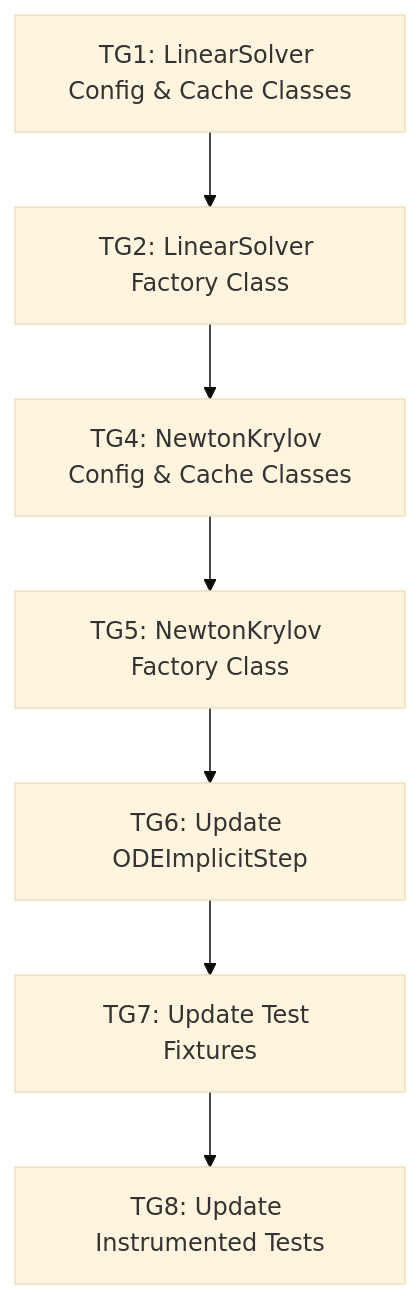
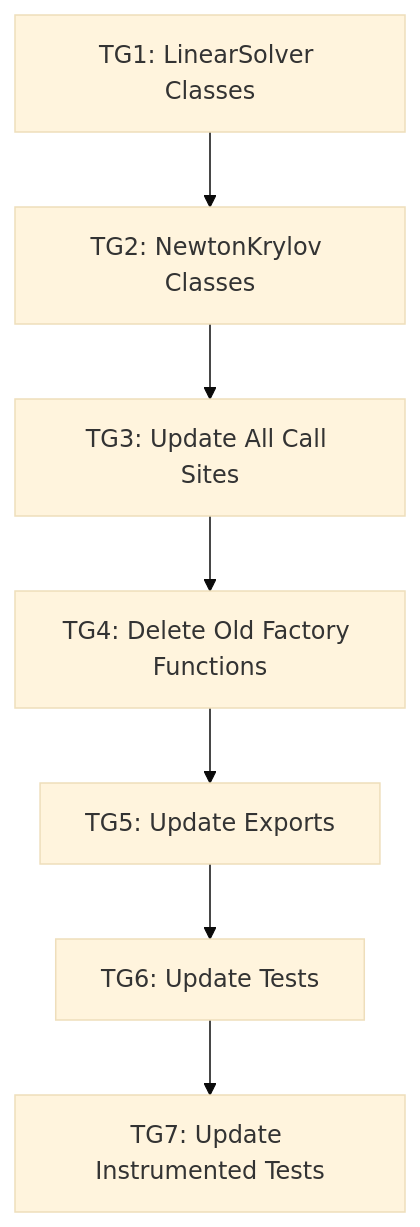
One commit to ccam80/cubie changed the diagram in .github/active_plans/linear_newton_factory_refactor/task_list.md. Above: the diagram before and after it, drawn with Mermaid (base theme). The commit also changed other lines of this file and 8 other files, not shown here.

Commit message:
feat: complete CUDAFactory refactor - implement classes, update call sites, fix critical bug, update tests

````diff
--- a/.github/active_plans/linear_newton_factory_refactor/task_list.md
+++ b/.github/active_plans/linear_newton_factory_refactor/task_list.md
@@ -7,9 +10,9 @@
 ```mermaid
 graph TD
-    TG1[TG1: LinearSolver Config & Cache Classes] --> TG2[TG2: LinearSolver Factory Class]
-    TG2 --> TG4[TG4: NewtonKrylov Config & Cache Classes]
-    TG4 --> TG5[TG5: NewtonKrylov Factory Class]
-    TG5 --> TG6[TG6: Update ODEImplicitStep]
-    TG6 --> TG7[TG7: Update Test Fixtures]
-    TG7 --> TG8[TG8: Update Instrumented Tests]
+    TG1[TG1: LinearSolver Classes] --> TG2[TG2: NewtonKrylov Classes]
+    TG2 --> TG3[TG3: Update All Call Sites]
+    TG3 --> TG4[TG4: Delete Old Factory Functions]
+    TG4 --> TG5[TG5: Update Exports]
+    TG5 --> TG6[TG6: Update Tests]
+    TG6 --> TG7[TG7: Update Instrumented Tests]
 ```
````
